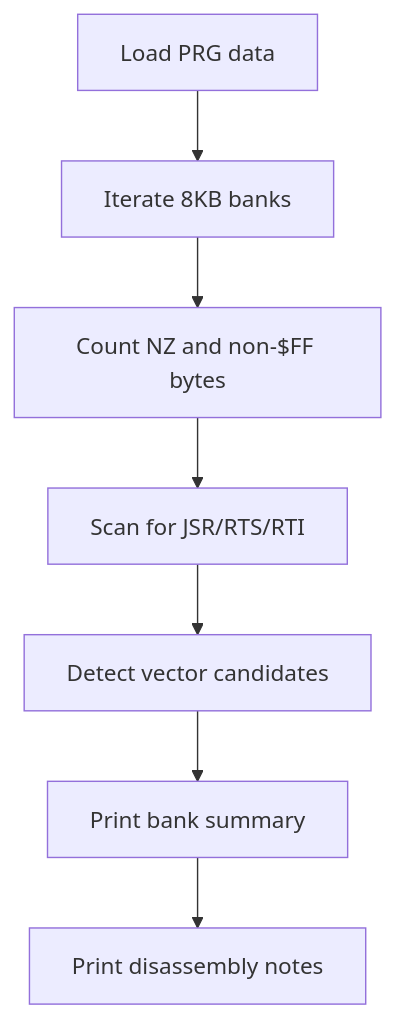
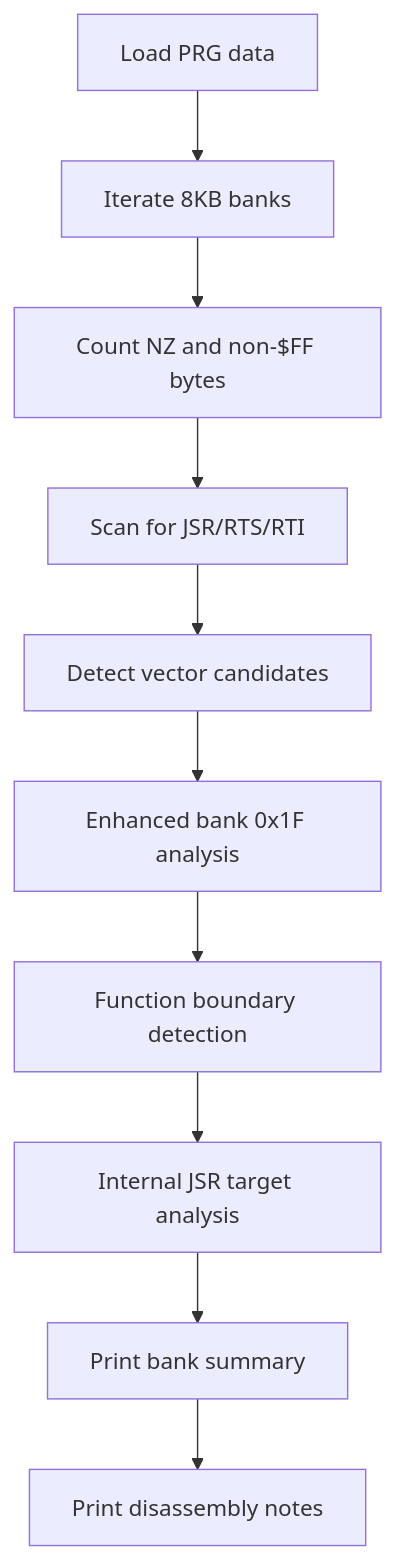
One commit to rabbyzero/sango2dasm changed the fourth of 9 diagrams in .qoder/repowiki/en/content/ROM Analysis and Understanding/ROM Analysis and Understanding.md. Above: the diagram before and after it, drawn with Mermaid. The commit also changed other lines of this file and 8 other files, not shown here.

Commit message:
bank $1f parsing with agent mode function by function.

````diff
--- a/.qoder/repowiki/en/content/ROM Analysis and Understanding/ROM Analysis and Understanding.md
+++ b/.qoder/repowiki/en/content/ROM Analysis and Understanding/ROM Analysis and Understanding.md
@@ -167,9 +213,12 @@
 ```mermaid
 flowchart TD
 A["Load PRG data"] --> B["Iterate 8KB banks"]
 B --> C["Count NZ and non-$FF bytes"]
 C --> D["Scan for JSR/RTS/RTI"]
 D --> E["Detect vector candidates"]
-E --> F["Print bank summary"]
-F --> G["Print disassembly notes"]
+E --> F["Enhanced bank 0x1F analysis"]
+F --> G["Function boundary detection"]
+G --> H["Internal JSR target analysis"]
+H --> I["Print bank summary"]
+I --> J["Print disassembly notes"]
 ```
````
